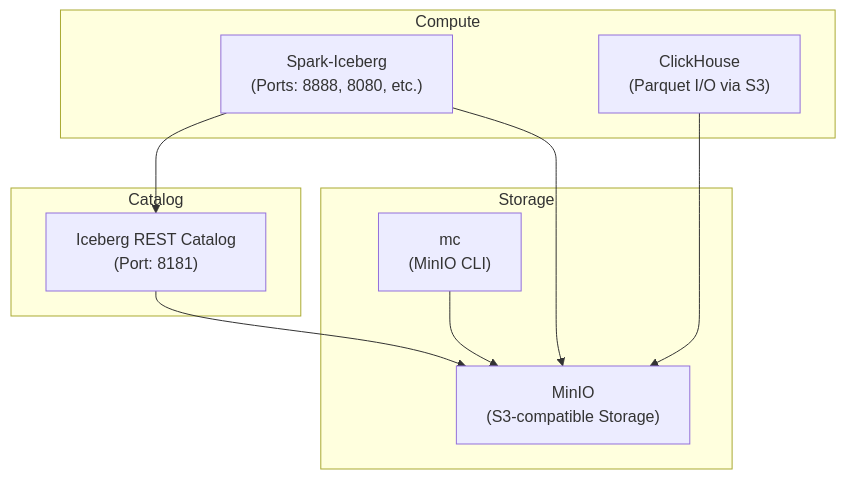
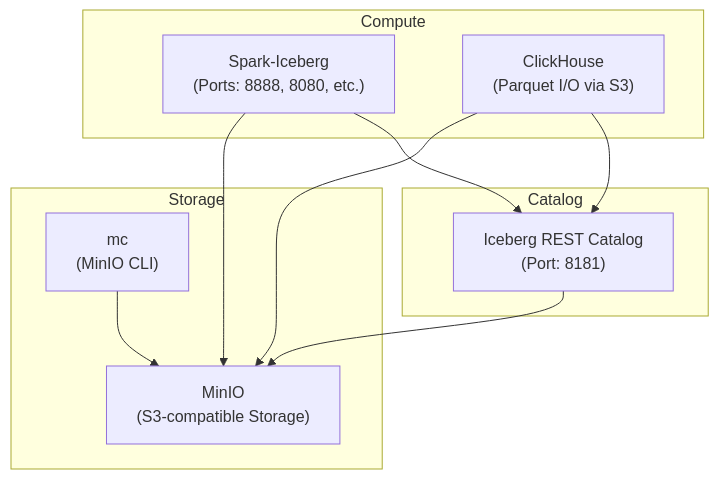
Before and after one commit to shiv4289/olap-recipes: the first of 2 diagrams in open-table-formats/iceberg/poc/clickhouse/end to end/end_to_end_demo.md, drawn with Mermaid. The commit also changed other lines of this file, not shown here.

````diff
--- a/open-table-formats/iceberg/poc/clickhouse/end to end/end_to_end_demo.md
+++ b/open-table-formats/iceberg/poc/clickhouse/end to end/end_to_end_demo.md
@@ -11,22 +11,23 @@
 ```mermaid
 graph TD
     subgraph Storage
         MINIO["MinIO<br/>(S3-compatible Storage)"]
         MC["mc<br/>(MinIO CLI)"]
     end
 
     subgraph Catalog
         REST["Iceberg REST Catalog<br/>(Port: 8181)"]
     end
 
     subgraph Compute
         SPARK["Spark-Iceberg<br/>(Ports: 8888, 8080, etc.)"]
         CLICKHOUSE["ClickHouse<br/>(Parquet I/O via S3)"]
     end
 
     MC --> MINIO
     REST --> MINIO
     SPARK --> MINIO
     SPARK --> REST
     CLICKHOUSE --> MINIO
+    CLICKHOUSE --> REST
 ```
````
